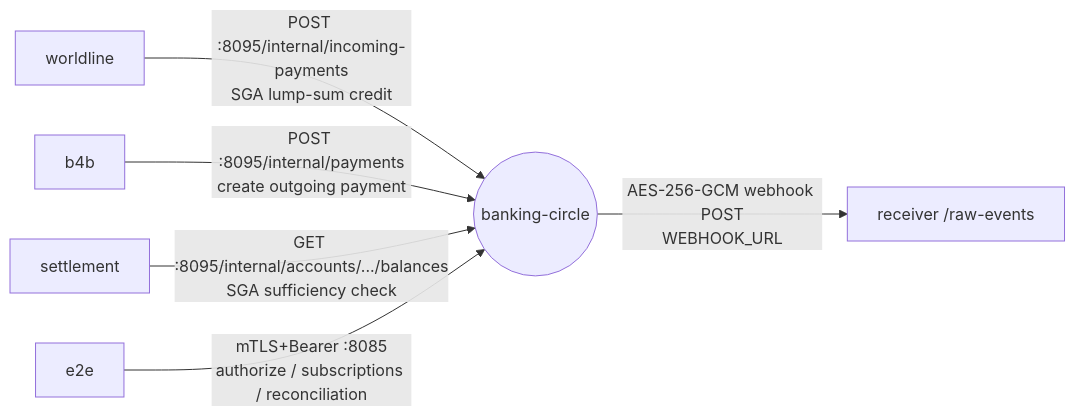
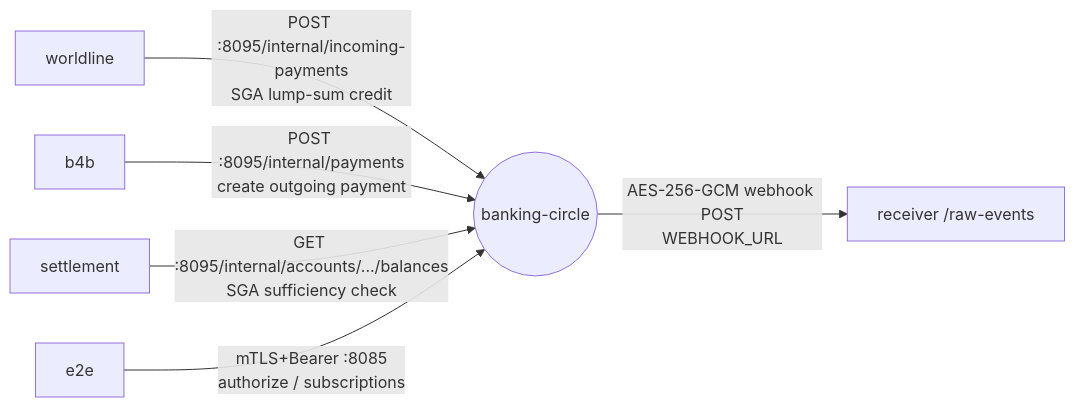
The second of 2 diagrams in docs/structure/banking-circle.md (dirk-infinitepay/fintechlab-simple), drawn with Mermaid before and after one commit. The commit also changed other lines of this file and 31 other files, not shown here.

````diff
--- a/docs/structure/banking-circle.md
+++ b/docs/structure/banking-circle.md
@@ -76,8 +77,8 @@
 ```mermaid
 graph LR
     WL["worldline"] -->|"POST :8095/internal/incoming-payments\nSGA lump-sum credit"| BC(("banking-circle"))
     B4B["b4b"] -->|"POST :8095/internal/payments\ncreate outgoing payment"| BC
     ST["settlement"] -->|"GET :8095/internal/accounts/.../balances\nSGA sufficiency check"| BC
-    HN["e2e"] -->|"mTLS+Bearer :8085\nauthorize / subscriptions / reconciliation"| BC
+    HN["e2e"] -->|"mTLS+Bearer :8085\nauthorize / subscriptions"| BC
     BC -->|"AES-256-GCM webhook POST\nWEBHOOK_URL"| RV["receiver /raw-events"]
 ```
````
